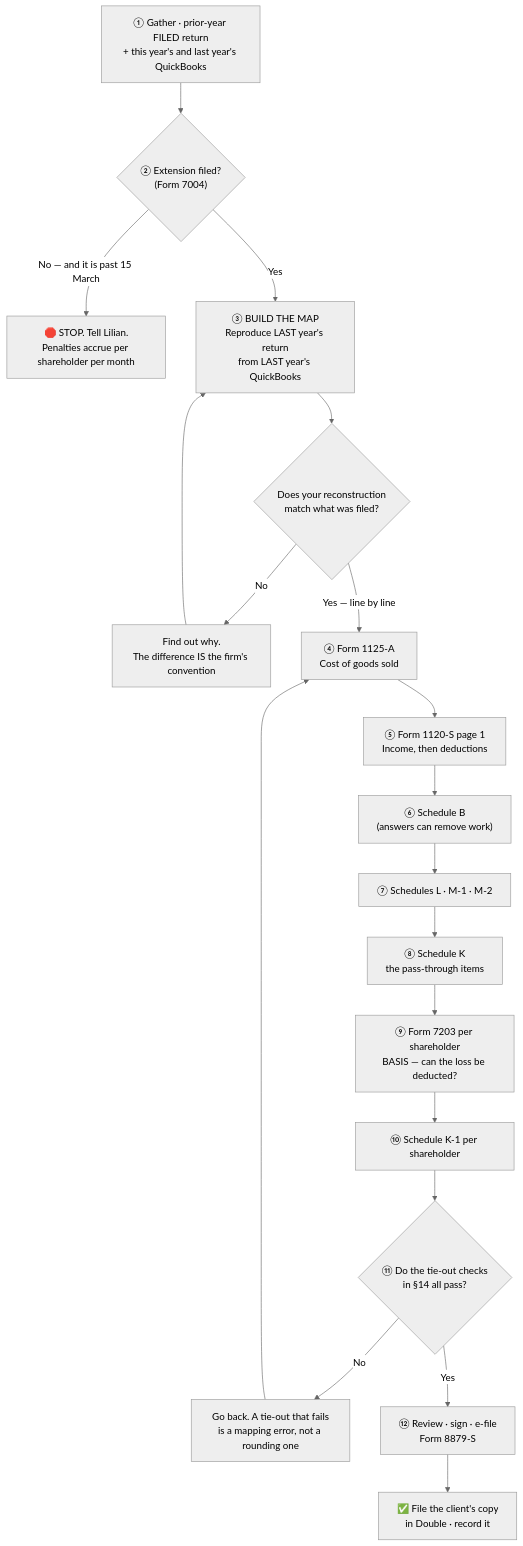
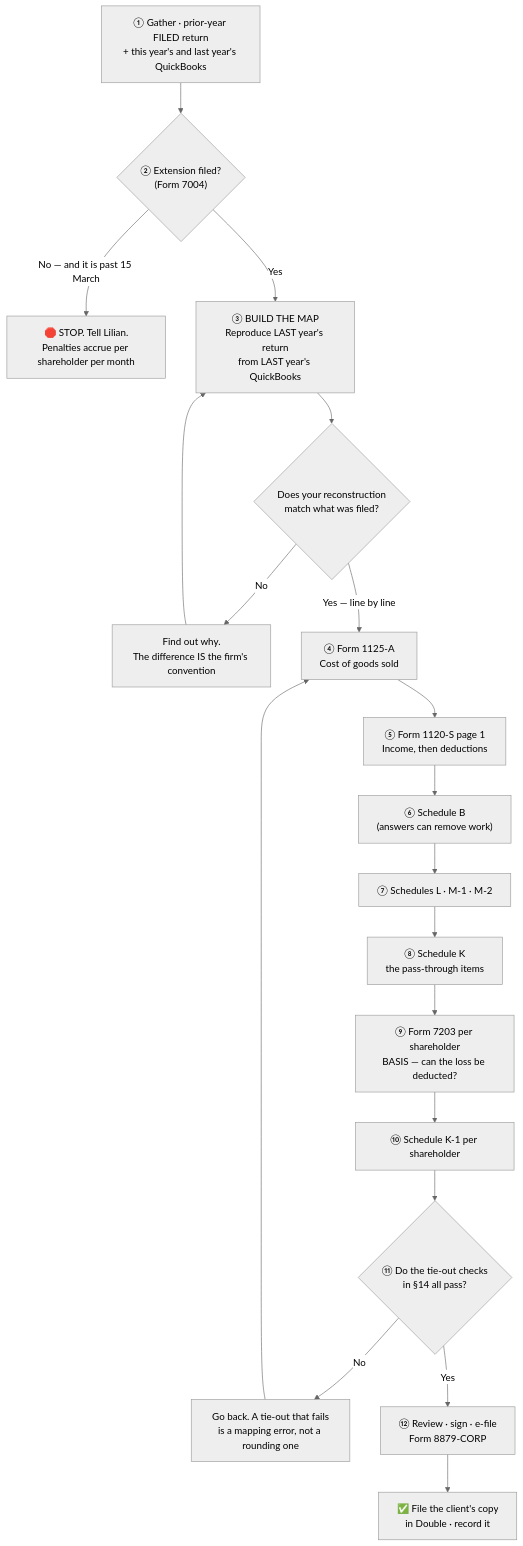
One commit to JuliaJKAcct/JKAccountingGroup changed the diagram in projects/sops/form-1120s-preparation.md. Above: the diagram before and after it, drawn with Mermaid (neutral theme). The commit also changed other lines of this file and 6 other files, not shown here.

````diff
--- a/projects/sops/form-1120s-preparation.md
+++ b/projects/sops/form-1120s-preparation.md
@@ -20,21 +20,21 @@
 ```mermaid
 flowchart TD
     A["① Gather · prior-year FILED return<br/>+ this year's and last year's QuickBooks"] --> B{"② Extension filed?<br/>(Form 7004)"}
     B -->|"No — and it is past 15 March"| B1["🛑 STOP. Tell Lilian.<br/>Penalties accrue per shareholder per month"]
     B -->|"Yes"| C["③ BUILD THE MAP<br/>Reproduce LAST year's return<br/>from LAST year's QuickBooks"]
     C --> D{"Does your reconstruction<br/>match what was filed?"}
     D -->|"No"| C1["Find out why.<br/>The difference IS the firm's convention"]
     C1 --> C
     D -->|"Yes — line by line"| E["④ Form 1125-A<br/>Cost of goods sold"]
     E --> F["⑤ Form 1120-S page 1<br/>Income, then deductions"]
     F --> G["⑥ Schedule B<br/>(answers can remove work)"]
     G --> H["⑦ Schedules L · M-1 · M-2"]
     H --> I["⑧ Schedule K<br/>the pass-through items"]
     I --> J["⑨ Form 7203 per shareholder<br/>BASIS — can the loss be deducted?"]
     J --> K["⑩ Schedule K-1 per shareholder"]
     K --> L{"⑪ Do the tie-out checks<br/>in §14 all pass?"}
     L -->|"No"| L1["Go back. A tie-out that fails<br/>is a mapping error, not a rounding one"]
     L1 --> E
-    L -->|"Yes"| M["⑫ Review · sign · e-file<br/>Form 8879-S"]
+    L -->|"Yes"| M["⑫ Review · sign · e-file<br/>Form 8879-CORP"]
     M --> N["✅ File the client's copy<br/>in Double · record it"]
 ```
````
